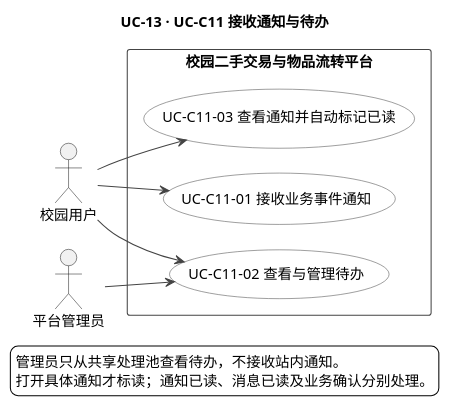
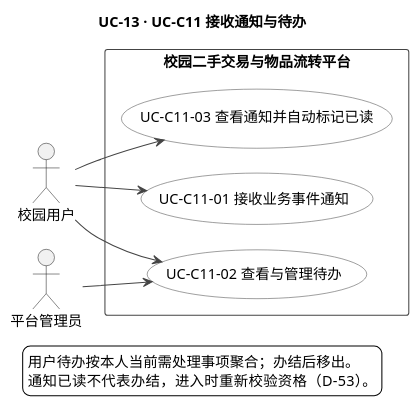
The diagram in docs/appendices/models/UC-13-接收通知与待办用例图.puml (iy88/se-course-project-1), drawn with PlantUML before and after one commit. The commit also changed 94 other files, not shown here.

```diff
--- a/docs/appendices/models/UC-13-接收通知与待办用例图.puml
+++ b/docs/appendices/models/UC-13-接收通知与待办用例图.puml
@@ -1,68 +1,72 @@
 @startuml
-' Version: 0.1.0
-' Version-Datetime: 2026-10-26T12:37:57+08:00
+' Version: 0.1.1
+' Version-Datetime: 2026-10-26T21:22:39+08:00
 title UC-13 · UC-C11 接收通知与待办
 
 skinparam backgroundColor #FFFFFF
 skinparam defaultFontName "PingFang SC"
 skinparam shadowing false
 skinparam nodesep 24
 skinparam ranksep 38
 skinparam usecase {
   BackgroundColor #FFFFFF
   BorderColor #444444
 }
 skinparam rectangle {
   BackgroundColor #FFFFFF
   BorderColor #444444
 }
 skinparam ArrowColor #444444
 skinparam noteBackgroundColor #FFFFFF
 left to right direction
 
 actor 校园用户 as CampusUser
 actor 平台管理员 as Admin
 
 rectangle "校园二手交易与物品流转平台" {
   usecase (UC-C11-01 接收业务事件通知) as C1101
   usecase (UC-C11-02 查看与管理待办) as C1102
   usecase (UC-C11-03 查看通知并自动标记已读) as C1103
 }
 
 CampusUser --> C1101
 CampusUser --> C1102
 Admin --> C1102
 CampusUser --> C1103
 
 ' note bottom of C1101
 '   业务事件生效后按事件类型及接收人资格产生
 '   通知，关联原业务事项；通知与业务记录分离，
 '   不重复创建业务（4.17）。
 ' end note
 
 ' note bottom of C1102
 '   用户按本人有资格的关联事项处理；管理员待办
 '   来自共享处理池，不发送站内通知，同一事项
 '   仅一名认领人（BR-34）。
 ' end note
 
 ' note bottom of C1103
 '   仅打开具体通知才标已读；进入列表、其他通知
 '   或其他分支不标读；通知已读不消除聊天未读，
 '   聊天按会话或分支已展示消息单独标读。
 ' end note
 
 ' note right of C1103
 '   通知只作入口，进入时重新校验身份及对象资格
 '   并显示当前状态；已读不代替请求接受、约定
 '   确认、完成确认或交易操作。
 ' end note
 
 ' 接收、待办、标读是三个独立目标；标读以打开
 ' 具体通知为条件，但不强加 extend；普通 IM、
 ' 交易 IM 与通知已读分别计算。
 legend bottom
 管理员只从共享处理池查看待办，不接收站内通知。
 打开具体通知才标读；通知已读、消息已读及业务确认分别处理。
 endlegend
+legend bottom
+用户待办按本人当前需处理事项聚合；办结后移出。
+通知已读不代表办结，进入时重新校验资格（D-53）。
+endlegend
 @enduml
```
